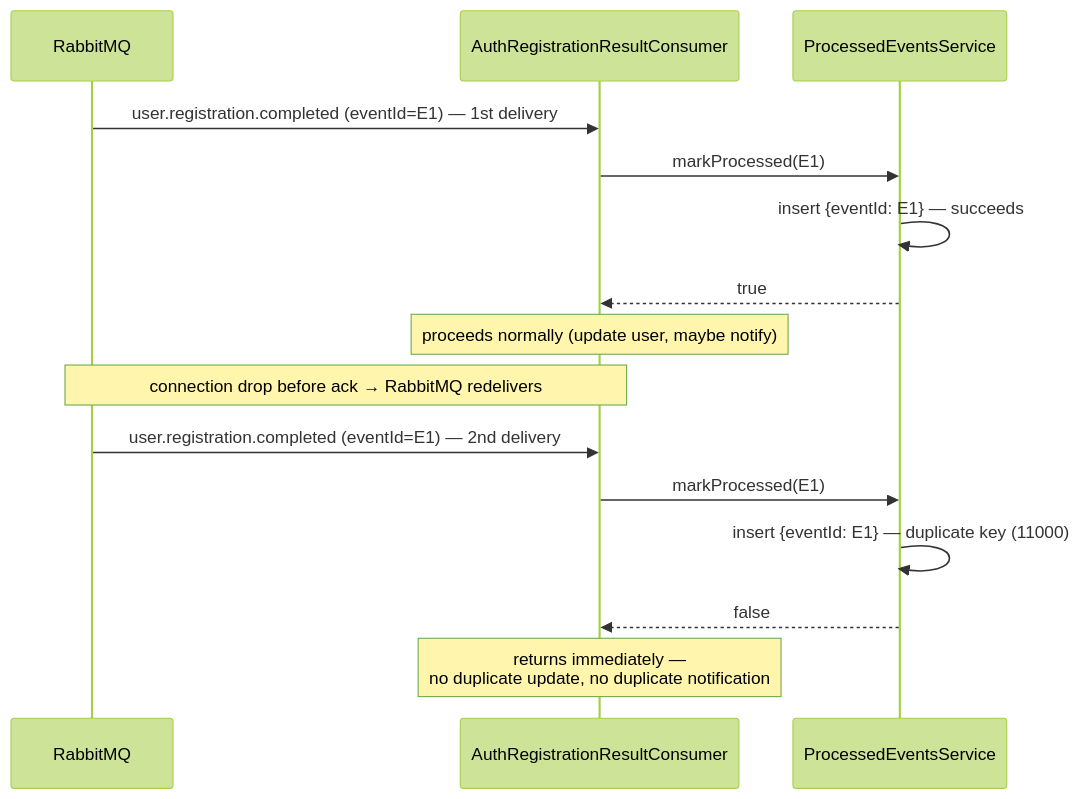
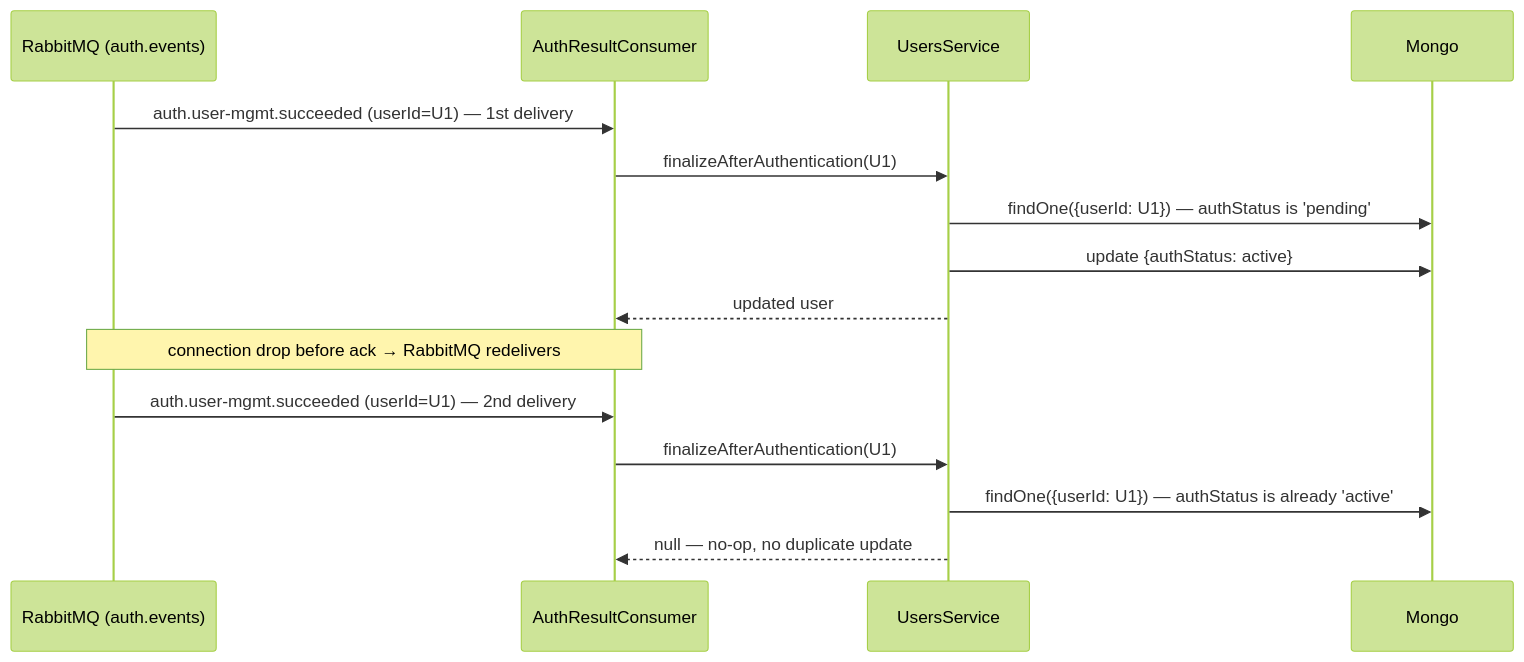
One commit to NanduHasaranga/uom-mis-backend changed the sixth of 9 diagrams in apps/user-management/docs/DOCUMENTATION.md. Above: the diagram before and after it, drawn with Mermaid (forest theme). The commit also changed other lines of this file and 20 other files, not shown here.

````diff
--- a/apps/user-management/docs/DOCUMENTATION.md
+++ b/apps/user-management/docs/DOCUMENTATION.md
@@ -303,20 +289,20 @@
 ```mermaid
 sequenceDiagram
-    participant MQ as RabbitMQ
-    participant Consumer as AuthRegistrationResultConsumer
-    participant Idem as ProcessedEventsService
+    participant EvEx as RabbitMQ (auth.events)
+    participant Consumer as AuthResultConsumer
+    participant Svc as UsersService
+    participant Mongo
 
-    MQ->>Consumer: user.registration.completed (eventId=E1) — 1st delivery
-    Consumer->>Idem: markProcessed(E1)
-    Idem->>Idem: insert {eventId: E1} — succeeds
-    Idem-->>Consumer: true
-    Note over Consumer: proceeds normally (update user, maybe notify)
+    EvEx->>Consumer: auth.user-mgmt.succeeded (userId=U1) — 1st delivery
+    Consumer->>Svc: finalizeAfterAuthentication(U1)
+    Svc->>Mongo: findOne({userId: U1}) — authStatus is 'pending'
+    Svc->>Mongo: update {authStatus: active}
+    Svc-->>Consumer: updated user
 
-    Note over MQ,Consumer: connection drop before ack → RabbitMQ redelivers
+    Note over EvEx,Consumer: connection drop before ack → RabbitMQ redelivers
 
-    MQ->>Consumer: user.registration.completed (eventId=E1) — 2nd delivery
-    Consumer->>Idem: markProcessed(E1)
-    Idem->>Idem: insert {eventId: E1} — duplicate key (11000)
-    Idem-->>Consumer: false
-    Note over Consumer: returns immediately —<br/>no duplicate update, no duplicate notification
+    EvEx->>Consumer: auth.user-mgmt.succeeded (userId=U1) — 2nd delivery
+    Consumer->>Svc: finalizeAfterAuthentication(U1)
+    Svc->>Mongo: findOne({userId: U1}) — authStatus is already 'active'
+    Svc-->>Consumer: null — no-op, no duplicate update
 ```
````
